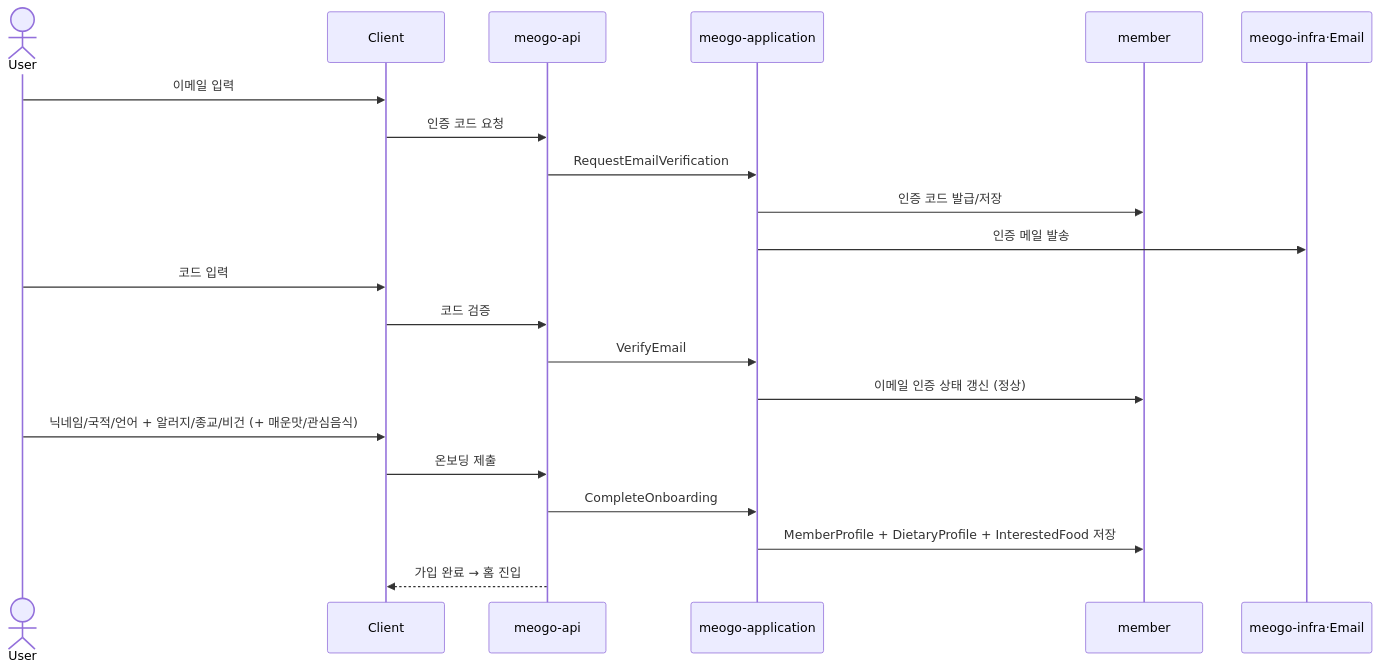
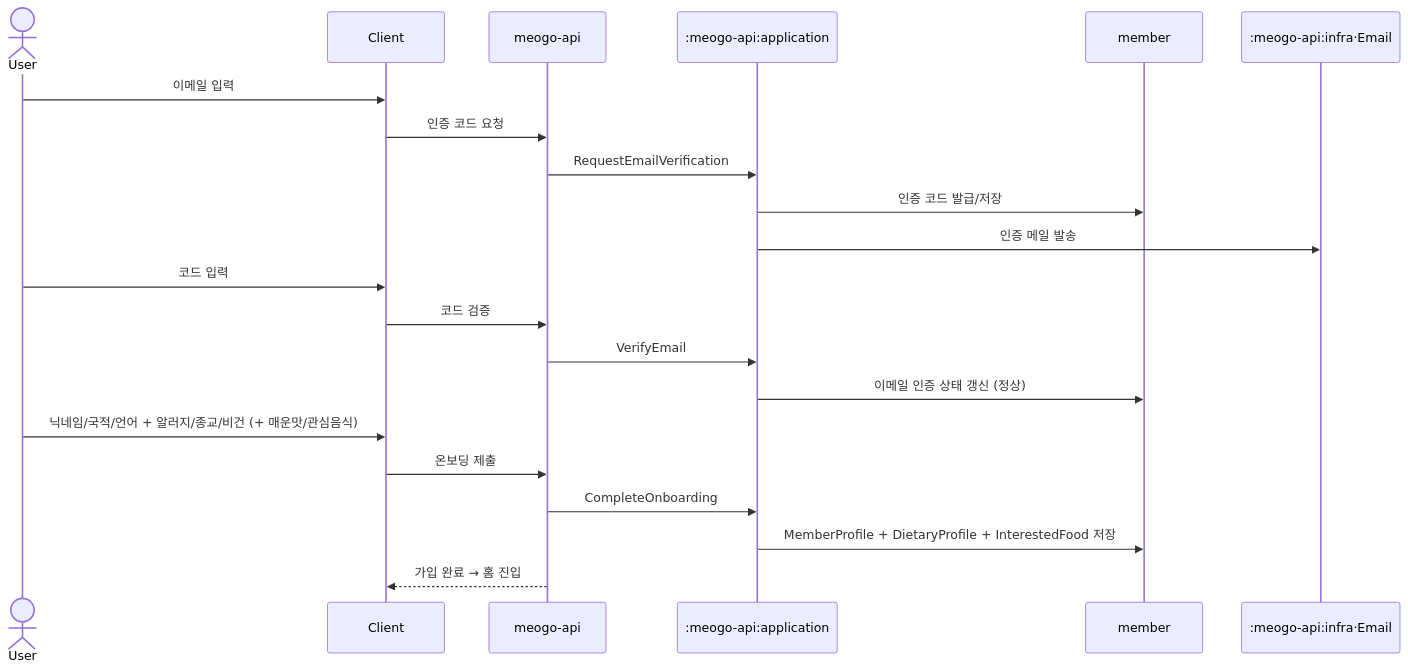
The fifth of 7 diagrams in docs/architecture/use-case-flows.md (team-skyjs/kbap-server), drawn with Mermaid before and after one commit. The commit also changed other lines of this file and 12 other files, not shown here.

````diff
--- a/docs/architecture/use-case-flows.md
+++ b/docs/architecture/use-case-flows.md
@@ -196,25 +196,25 @@
 ```mermaid
 sequenceDiagram
     actor User
     participant Client
     participant API as meogo-api
-    participant App as meogo-application
+    participant App as :meogo-api:application
     participant Member as member
-    participant Email as meogo-infra·Email
+    participant Email as :meogo-api:infra·Email
 
     User->>Client: 이메일 입력
     Client->>API: 인증 코드 요청
     API->>App: RequestEmailVerification
     App->>Member: 인증 코드 발급/저장
     App->>Email: 인증 메일 발송
     User->>Client: 코드 입력
     Client->>API: 코드 검증
     API->>App: VerifyEmail
     App->>Member: 이메일 인증 상태 갱신 (정상)
 
     User->>Client: 닉네임/국적/언어 + 알러지/종교/비건 (+ 매운맛/관심음식)
     Client->>API: 온보딩 제출
     API->>App: CompleteOnboarding
     App->>Member: MemberProfile + DietaryProfile + InterestedFood 저장
     API-->>Client: 가입 완료 → 홈 진입
 ```
````
